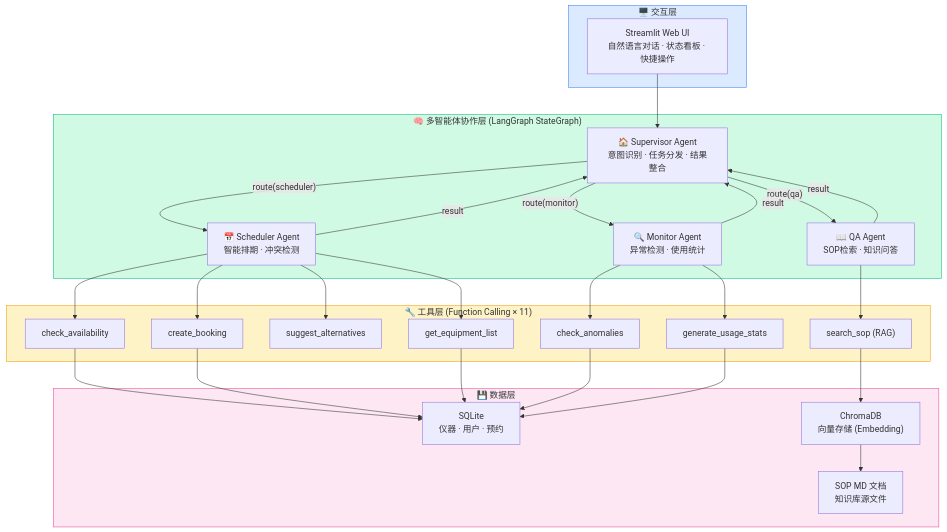
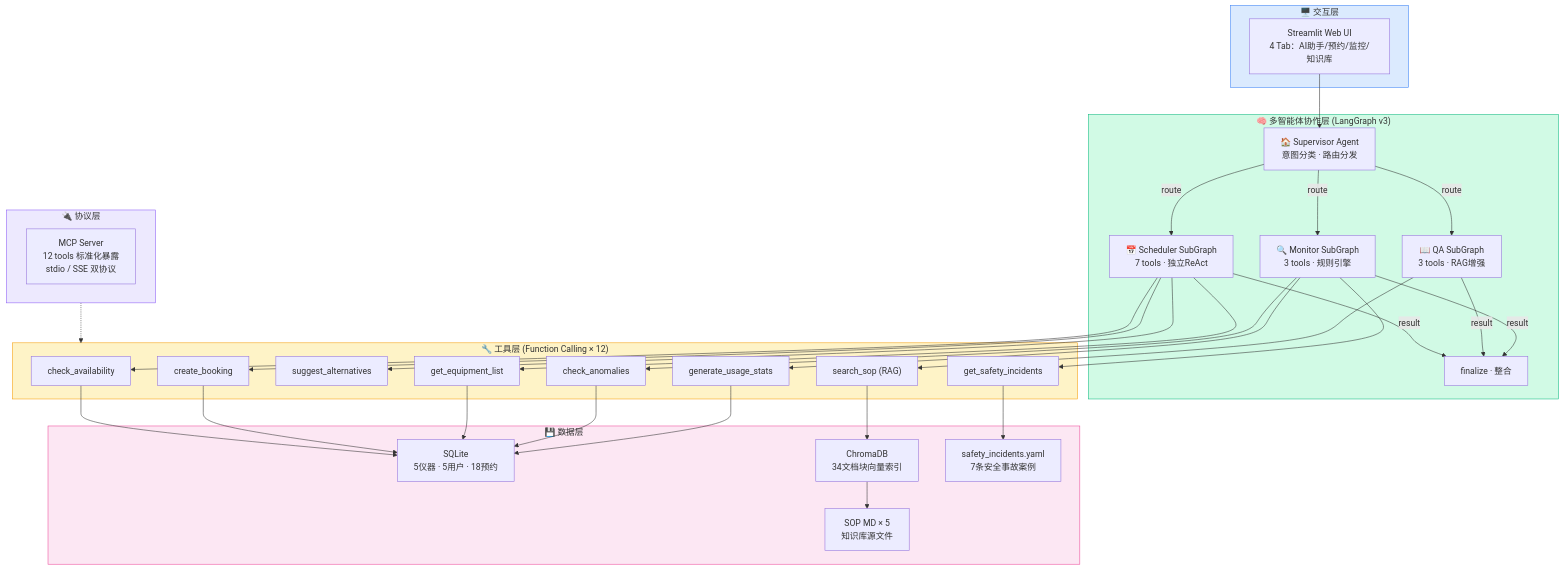
The first of 5 diagrams in docs/CS599_大作业报告.md (nanamili/cs599-project), drawn with Mermaid before and after one commit. The commit also changed other lines of this file, not shown here.

Commit message:
Update all 4 architecture diagrams to v3 multi-subgraph

````diff
--- a/docs/CS599_大作业报告.md
+++ b/docs/CS599_大作业报告.md
@@ -158,56 +158,56 @@
 ```mermaid
 graph TB
     subgraph UI["🖥️ 交互层"]
-        Web["Streamlit Web UI<br/>自然语言对话 · 状态看板 · 快捷操作"]
+        Web["Streamlit Web UI<br/>4 Tab：AI助手/预约/监控/知识库"]
     end
 
-    subgraph Agent["🧠 多智能体协作层 (LangGraph StateGraph)"]
-        Sup["🏠 Supervisor Agent<br/>意图识别 · 任务分发 · 结果整合"]
-        Sch["📅 Scheduler Agent<br/>智能排期 · 冲突检测"]
-        QA["📖 QA Agent<br/>SOP检索 · 知识问答"]
-        Mon["🔍 Monitor Agent<br/>异常检测 · 使用统计"]
-        Sup -->|"route(scheduler)"| Sch
-        Sup -->|"route(qa)"| QA
-        Sup -->|"route(monitor)"| Mon
-        Sch -->|"result"| Sup
-        QA -->|"result"| Sup
-        Mon -->|"result"| Sup
+    subgraph Agent["🧠 多智能体协作层 (LangGraph v3)"]
+        Sup["🏠 Supervisor Agent<br/>意图分类 · 路由分发"]
+        Sch["📅 Scheduler SubGraph<br/>7 tools · 独立ReAct"]
+        QA["📖 QA SubGraph<br/>3 tools · RAG增强"]
+        Mon["🔍 Monitor SubGraph<br/>3 tools · 规则引擎"]
+        Sup -->|"route"| Sch
+        Sup -->|"route"| QA
+        Sup -->|"route"| Mon
+        Sch -->|"result"| Fin["finalize · 整合"]
+        QA -->|"result"| Fin
+        Mon -->|"result"| Fin
     end
 
-    subgraph Tools["🔧 工具层 (Function Calling × 11)"]
+    subgraph Protocol["🔌 协议层"]
+        MCP["MCP Server<br/>12 tools 标准化暴露<br/>stdio / SSE 双协议"]
+    end
+
+    subgraph Tools["🔧 工具层 (Function Calling × 12)"]
         T1["check_availability"]
         T2["create_booking"]
         T3["suggest_alternatives"]
         T4["get_equipment_list"]
         T5["search_sop (RAG)"]
         T6["check_anomalies"]
         T7["generate_usage_stats"]
+        T8["get_safety_incidents"]
     end
 
     subgraph Data["💾 数据层"]
-        SQLite["SQLite<br/>仪器 · 用户 · 预约"]
-        Chroma["ChromaDB<br/>向量存储 (Embedding)"]
-        Docs["SOP MD 文档<br/>知识库源文件"]
+        SQLite["SQLite<br/>5仪器 · 5用户 · 18预约"]
+        Chroma["ChromaDB<br/>34文档块向量索引"]
+        Docs["SOP MD × 5<br/>知识库源文件"]
+        Incidents["safety_incidents.yaml<br/>7条安全事故案例"]
     end
 
     Web --> Sup
-    Sch --> T1
-    Sch --> T2
-    Sch --> T3
-    Sch --> T4
+    Sch --> T1 & T2 & T3 & T4
     QA --> T5
-    Mon --> T6
-    Mon --> T7
-    T1 --> SQLite
-    T2 --> SQLite
-    T4 --> SQLite
-    T6 --> SQLite
-    T7 --> SQLite
-    T5 --> Chroma
-    Chroma --> Docs
+    Mon --> T6 & T7 & T8
+    Protocol -.-> Tools
+    T1 & T2 & T4 & T6 & T7 --> SQLite
+    T5 --> Chroma --> Docs
+    T8 --> Incidents
 
     style UI fill:#dbeafe,stroke:#3b82f6
     style Agent fill:#d1fae5,stroke:#10b981
+    style Protocol fill:#ede9fe,stroke:#8b5cf6
     style Tools fill:#fef3c7,stroke:#f59e0b
     style Data fill:#fce7f3,stroke:#ec4899
 ```
````
